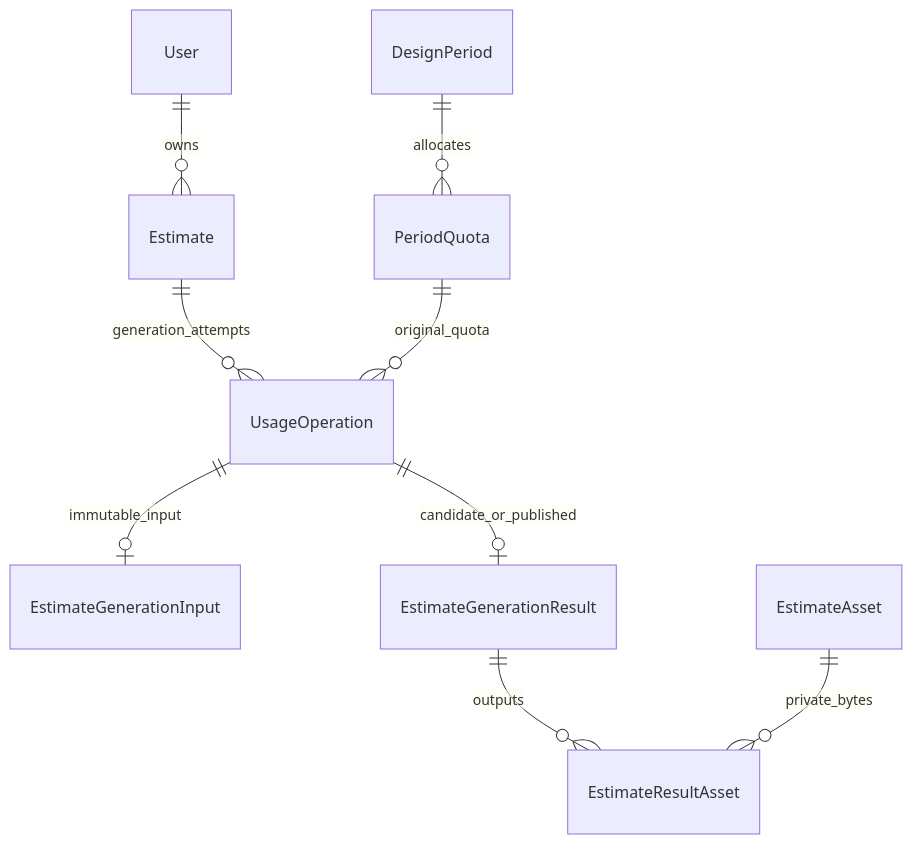
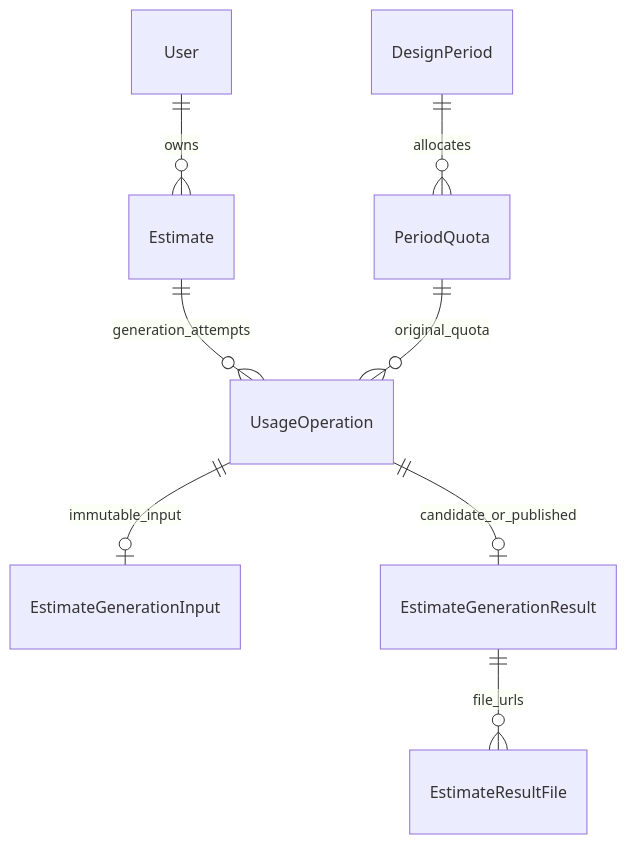
One commit to TaskCoper/bmt-documentation changed the fifth of 5 diagrams in tdd/TDD-PROJ-002.md. Above: the diagram before and after it, drawn with Mermaid. The commit also changed other lines of this file and 25 other files, not shown here.

````diff
--- a/tdd/TDD-PROJ-002.md
+++ b/tdd/TDD-PROJ-002.md
@@ -209,11 +226,10 @@
 ```mermaid
 erDiagram
     User ||--o{ Estimate : owns
     Estimate ||--o{ UsageOperation : generation_attempts
     DesignPeriod ||--o{ PeriodQuota : allocates
     PeriodQuota ||--o{ UsageOperation : original_quota
     UsageOperation ||--o| EstimateGenerationInput : immutable_input
     UsageOperation ||--o| EstimateGenerationResult : candidate_or_published
-    EstimateGenerationResult ||--o{ EstimateResultAsset : outputs
-    EstimateAsset ||--o{ EstimateResultAsset : private_bytes
+    EstimateGenerationResult ||--o{ EstimateResultFile : file_urls
 ```
````
